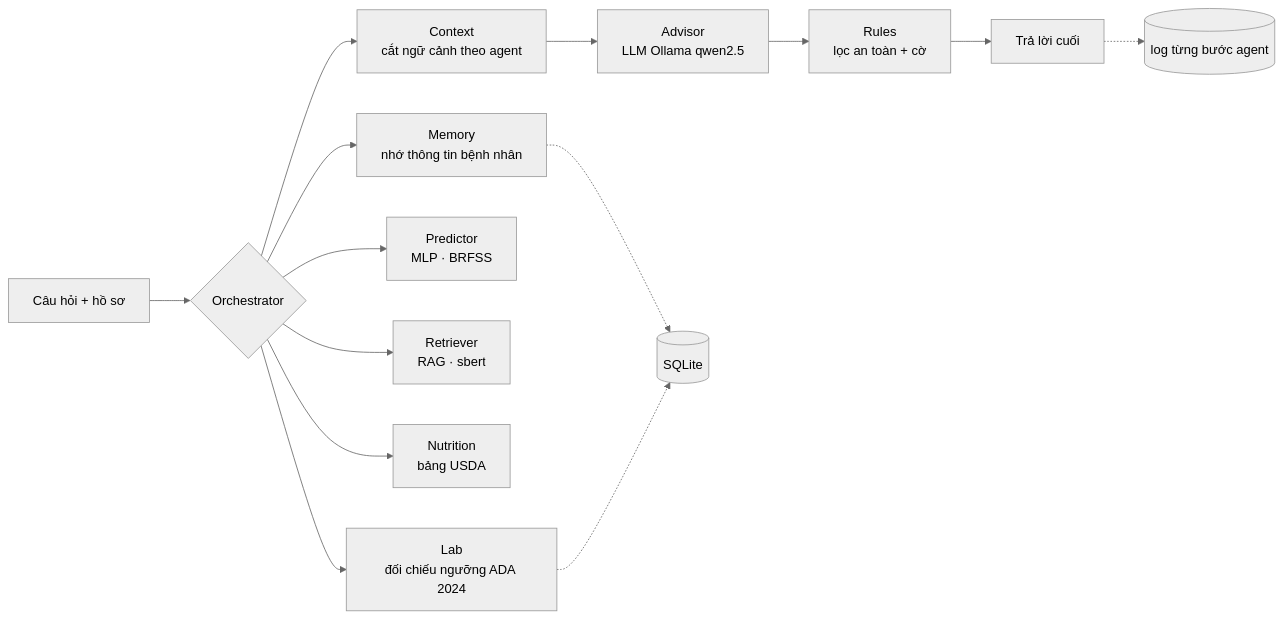
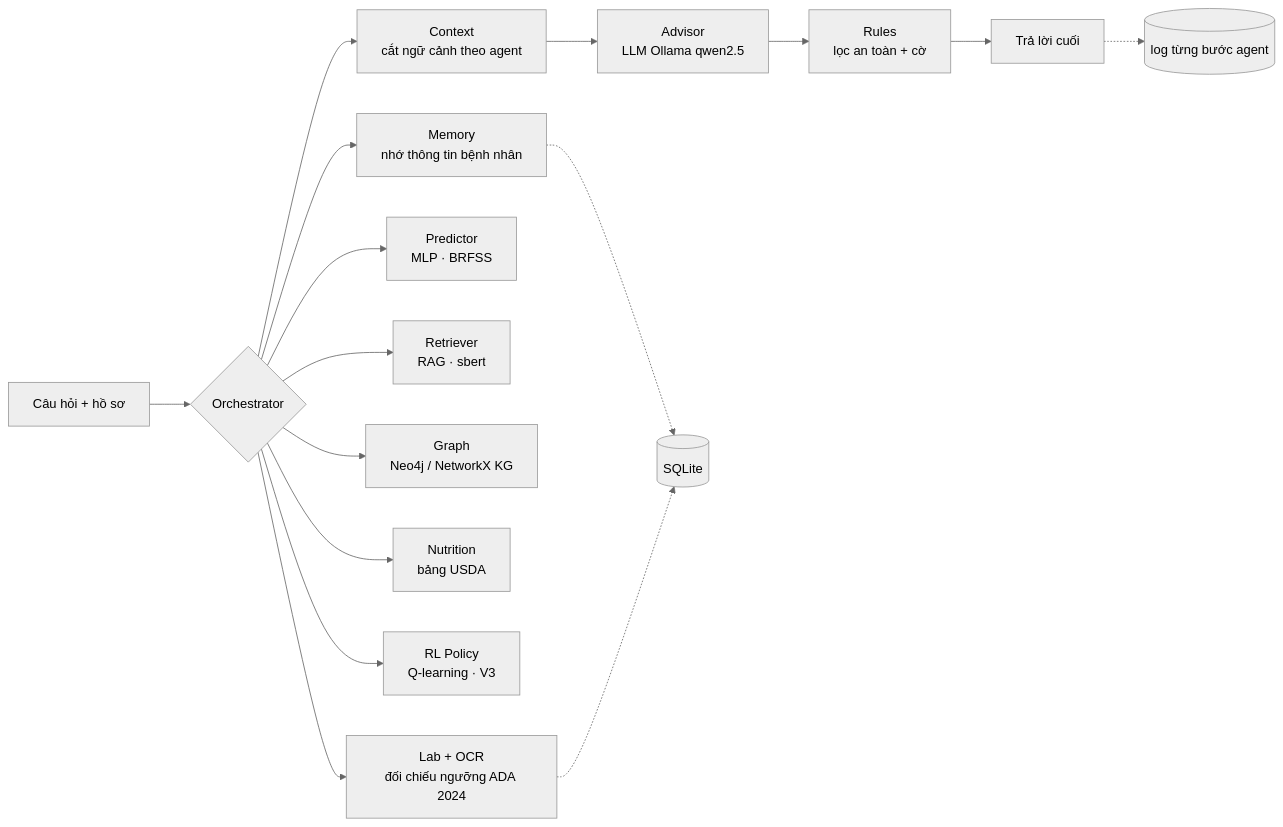
The diagram in README.md (lyhaiquan/diabet-agent), drawn with Mermaid (neutral theme) before and after one commit. The commit also changed other lines of this file and 23 other files, not shown here.

Commit message:
feat(v3): add OCR, RL Q-learning agent, PTIT MAS contracts, DB_diabet.cypher & architecture report

````diff
--- a/README.md
+++ b/README.md
@@ -15,15 +15,17 @@
 ```mermaid
 flowchart LR
     Q[Câu hỏi + hồ sơ] --> O{Orchestrator}
     O --> M[Memory<br/>nhớ thông tin bệnh nhân]
-    O --> L[Lab<br/>đối chiếu ngưỡng ADA 2024]
+    O --> L[Lab + OCR<br/>đối chiếu ngưỡng ADA 2024]
     O --> P[Predictor<br/>MLP · BRFSS]
     O --> R[Retriever<br/>RAG · sbert]
+    O --> G[Graph<br/>Neo4j / NetworkX KG]
     O --> N[Nutrition<br/>bảng USDA]
+    O --> RL[RL Policy<br/>Q-learning · V3]
     O --> C[Context<br/>cắt ngữ cảnh theo agent]
     C --> A[Advisor<br/>LLM Ollama qwen2.5]
     A --> RU[Rules<br/>lọc an toàn + cờ]
     RU --> F[Trả lời cuối]
     M & L -.-> DB[(SQLite)]
     F -.-> LOG[(log từng bước agent)]
 ```
````
